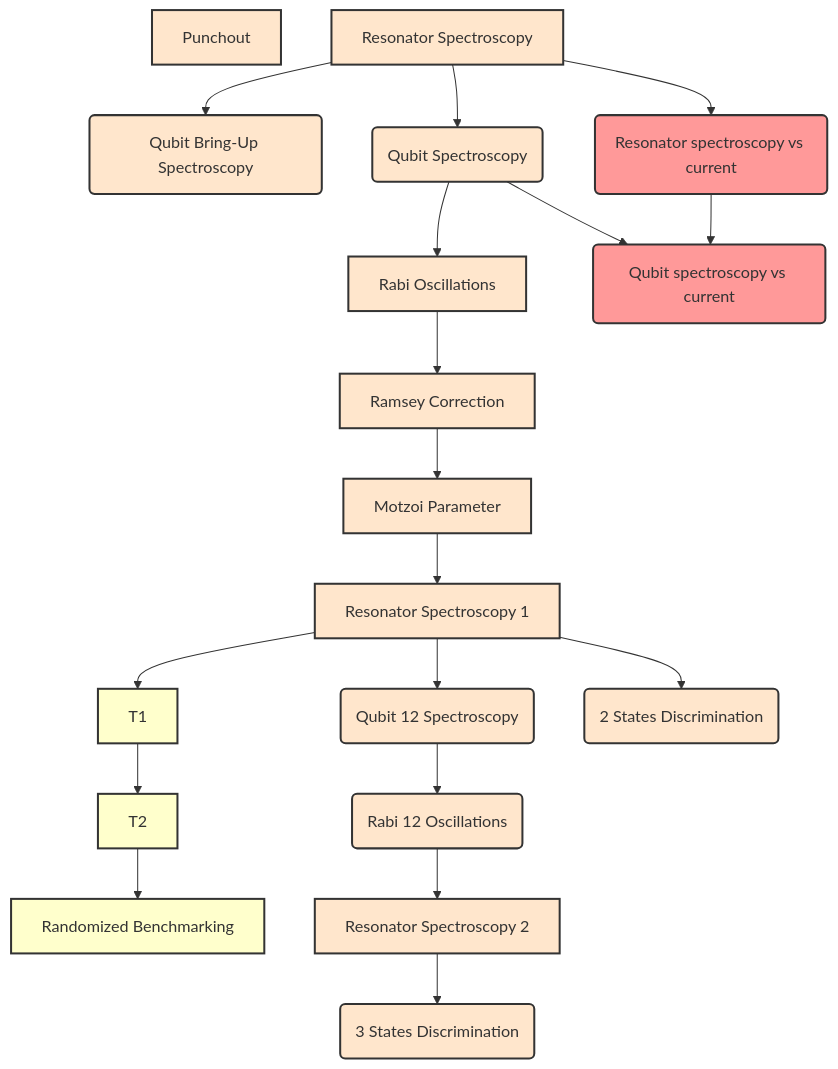
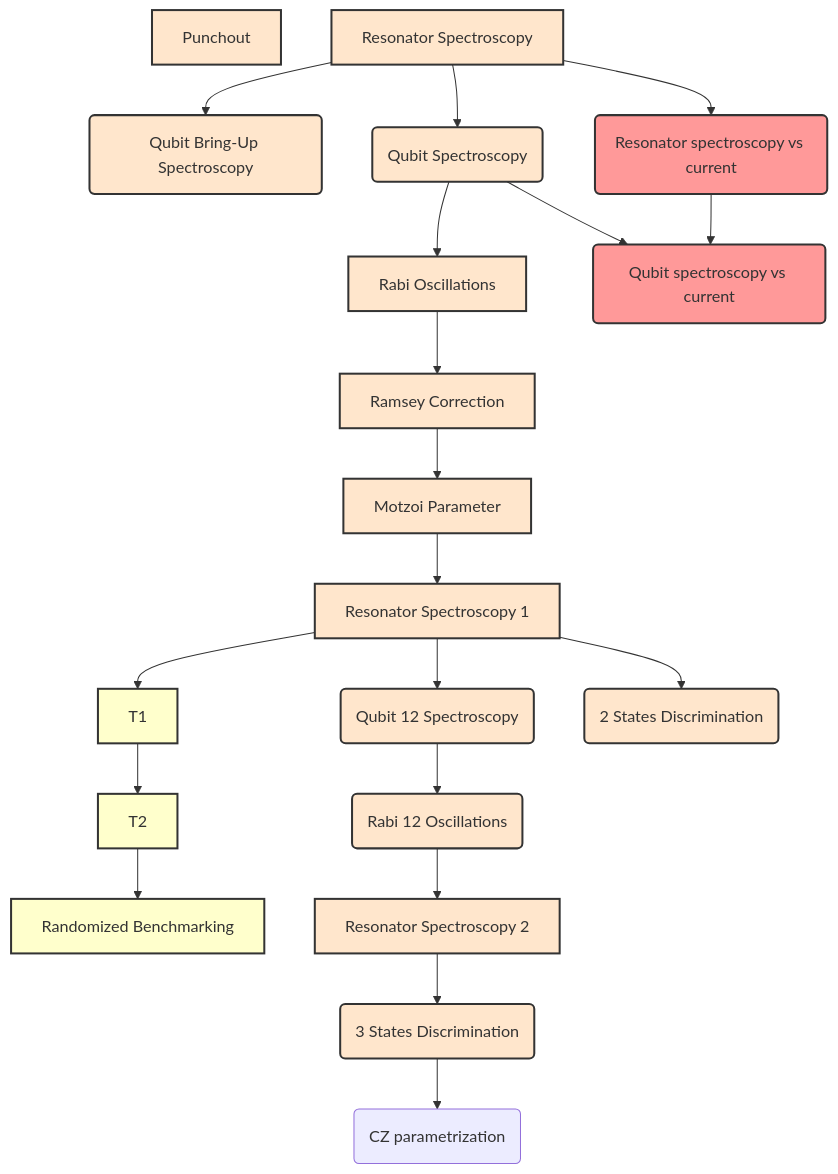
Before and after one commit to tergite/tergite-autocalibration: the diagram in docs/node-library/available_nodes.md, drawn with Mermaid. The commit also changed other lines of this file and 82 other files, not shown here.

````diff
--- a/docs/node-library/available_nodes.md
+++ b/docs/node-library/available_nodes.md
@@ -3,47 +3,48 @@
 ``` mermaid
 graph TD
     A1[Punchout]
     A[Resonator Spectroscopy]
     A --> B1(Qubit Bring-Up Spectroscopy)
     A --> B(Qubit Spectroscopy)
     B --> C[Rabi Oscillations]
     C --> D[Ramsey Correction]
     D --> E[Motzoi Parameter]
     E --> F[Resonator Spectroscopy 1]
     F --> C1[T1] --> C2[T2] --> C3[Randomized Benchmarking]
     F --> F1(Qubit 12 Spectroscopy) --> G(Rabi 12 Oscillations) --> G1[Resonator Spectroscopy 2]
     F --> H1(2 States Discrimination)
     G1 --> H2(3 States Discrimination)
     A --> I(Resonator spectroscopy vs current)
     B --> J(Qubit spectroscopy vs current)
     I --> J
+    H2 --> K(CZ parametrization)
         
     click A href "../nodes/resonator_spectroscopy_node"
     click F href "../nodes/resonator_spectroscopy_node"
     click G1 href "../nodes/resonator_spectroscopy_node"
     click A1 href "../nodes/punchout_node"
     click B href "../nodes/qubit_spectroscopy_node"
     click F1 href "../nodes/qubit_spectroscopy_node"
     click C href "../nodes/rabi_oscillations_node"
     click I href "../nodes/resonator_spectroscopy_vs_current_node"
     click J href "../nodes/qubit_spectroscopy_vs_current_node"
 
     style A fill:#ffe6cc,stroke:#333,stroke-width:2px
     style A1 fill:#ffe6cc,stroke:#333,stroke-width:2px
     style B fill:#ffe6cc,stroke:#333,stroke-width:2px
     style B1 fill:#ffe6cc,stroke:#333,stroke-width:2px
     style C fill:#ffe6cc,stroke:#333,stroke-width:2px
     style D fill:#ffe6cc,stroke:#333,stroke-width:2px
     style E fill:#ffe6cc,stroke:#333,stroke-width:2px
     style F fill:#ffe6cc,stroke:#333,stroke-width:2px
     style C1 fill:#ffffcc,stroke:#333,stroke-width:2px
     style C2 fill:#ffffcc,stroke:#333,stroke-width:2px
     style C3 fill:#ffffcc,stroke:#333,stroke-width:2px
     style F1 fill:#ffe6cc,stroke:#333,stroke-width:2px
     style G fill:#ffe6cc,stroke:#333,stroke-width:2px
     style G1 fill:#ffe6cc,stroke:#333,stroke-width:2px
     style H1 fill:#ffe6cc,stroke:#333,stroke-width:2px
     style H2 fill:#ffe6cc,stroke:#333,stroke-width:2px
     style I fill:#ff9999,stroke:#333,stroke-width:2px
     style J fill:#ff9999,stroke:#333,stroke-width:2px
 ```
````
